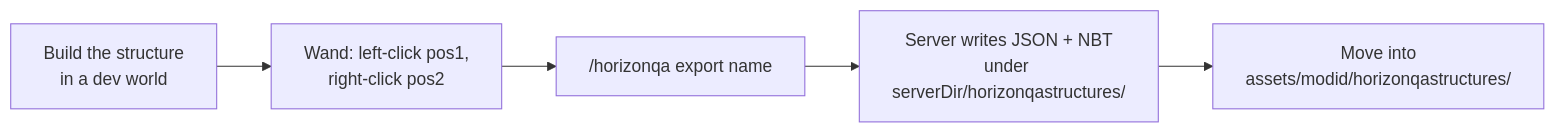
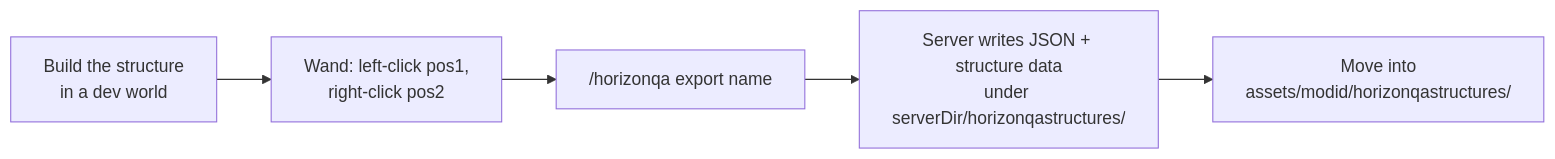
Before and after one commit to GTNewHorizons/Horizon-QA: the diagram in docs/guide/structures.md, drawn with Mermaid. The commit also changed other lines of this file and 23 other files, not shown here.

````diff
--- a/docs/guide/structures.md
+++ b/docs/guide/structures.md
@@ -40,7 +43,7 @@
 ```mermaid
 flowchart LR
     A[Build the structure<br/>in a dev world] --> B[Wand: left-click pos1,<br/>right-click pos2]
     B --> C["/horizonqa export name"]
-    C --> D[Server writes JSON + NBT<br/>under serverDir/horizonqastructures/]
+    C --> D[Server writes JSON + structure data<br/>under serverDir/horizonqastructures/]
     D --> E[Move into<br/>assets/modid/horizonqastructures/]
 ```
````
